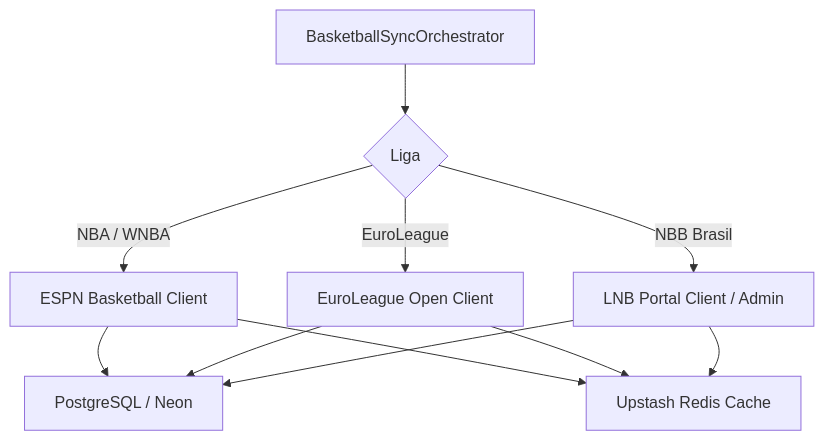
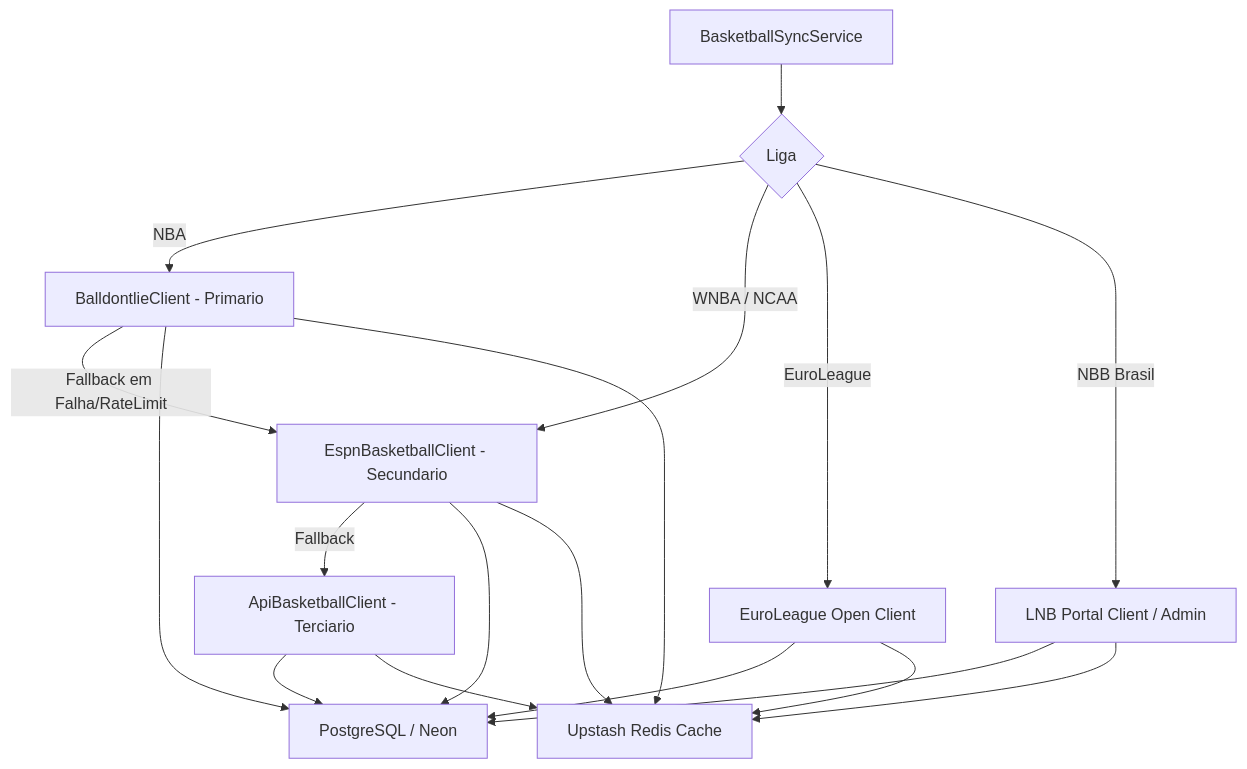
The diagram in docs/adr/0013-basketball-data-strategy.md (lvmp/ligadospalpites-core), drawn with Mermaid before and after one commit. The commit also changed other lines of this file and 9 other files, not shown here.

Commit message:
feat(sportsfeed): integrate balldontlie.io as primary NBA provider with ESPN fallback

````diff
--- a/docs/adr/0013-basketball-data-strategy.md
+++ b/docs/adr/0013-basketball-data-strategy.md
@@ -28,10 +31,13 @@
 ```mermaid
 graph TD
-    A[BasketballSyncOrchestrator] --> B{Liga}
-    B -->|NBA / WNBA| C[ESPN Basketball Client]
-    B -->|EuroLeague| D[EuroLeague Open Client]
-    B -->|NBB Brasil| E[LNB Portal Client / Admin]
+    A[BasketballSyncService] --> B{Liga}
+    B -->|NBA| C[BalldontlieClient - Primario]
+    C -->|Fallback em Falha/RateLimit| D[EspnBasketballClient - Secundario]
+    D -->|Fallback| E[ApiBasketballClient - Terciario]
+    B -->|WNBA / NCAA| D
+    B -->|EuroLeague| F[EuroLeague Open Client]
+    B -->|NBB Brasil| G[LNB Portal Client / Admin]
     
-    C & D & E --> F[PostgreSQL / Neon]
-    C & D & E --> G[Upstash Redis Cache]
+    C & D & E & F & G --> H[PostgreSQL / Neon]
+    C & D & E & F & G --> I[Upstash Redis Cache]
 ```
````
